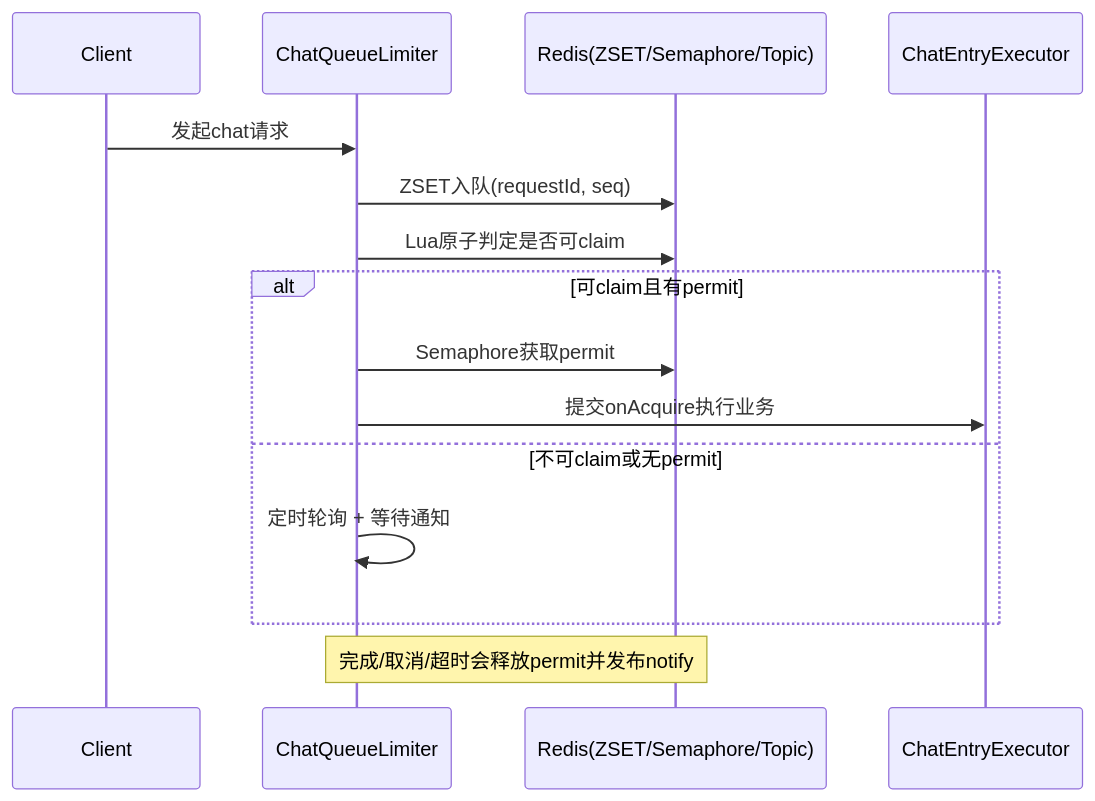
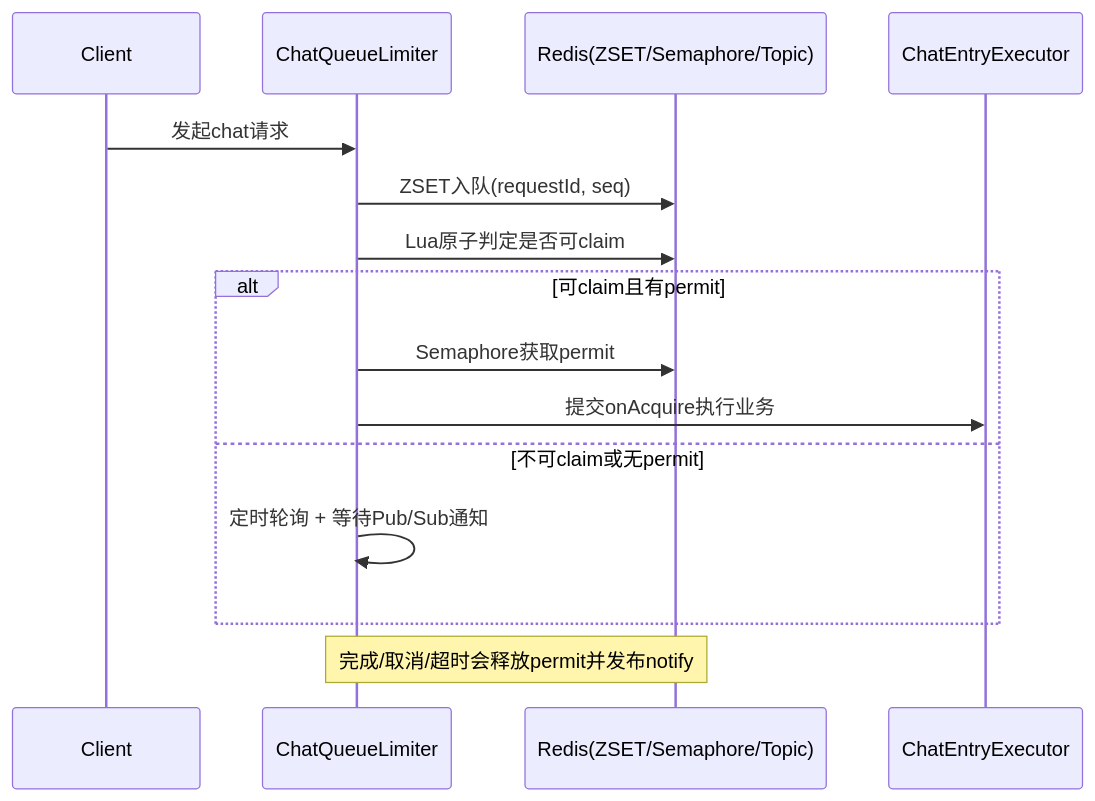
Before and after one commit to ajaxpppp/Sage-RAG: the fifth of 7 diagrams in docs/Ragent业务详解.md, drawn with Mermaid. The commit also changed other lines of this file and 23 other files, not shown here.

````diff
--- a/docs/Ragent业务详解.md
+++ b/docs/Ragent业务详解.md
@@ -187,18 +264,18 @@
 ```mermaid
 sequenceDiagram
     participant C as Client
     participant L as ChatQueueLimiter
     participant R as Redis(ZSET/Semaphore/Topic)
     participant S as ChatEntryExecutor
 
     C->>L: 发起chat请求
     L->>R: ZSET入队(requestId, seq)
     L->>R: Lua原子判定是否可claim
     alt 可claim且有permit
         L->>R: Semaphore获取permit
         L->>S: 提交onAcquire执行业务
     else 不可claim或无permit
-        L->>L: 定时轮询 + 等待通知
+        L->>L: 定时轮询 + 等待Pub/Sub通知
     end
     Note over L,R: 完成/取消/超时会释放permit并发布notify
 ```
````
